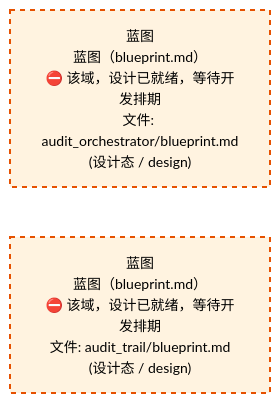
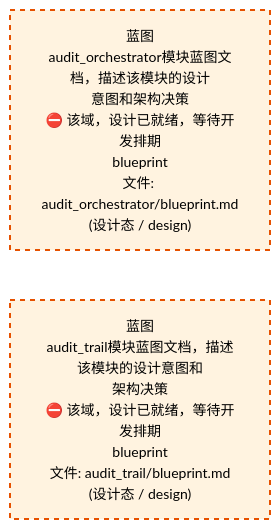
Before and after one commit to xuanFelixVan/ZephyrAlpha: the third of 4 diagrams in docs/02_enterprise_architecture/02_domain_architecture_docs/50_d_gov_audit.md, drawn with Mermaid. The commit also changed other lines of this file and 62 other files, not shown here.

````diff
--- a/docs/02_enterprise_architecture/02_domain_architecture_docs/50_d_gov_audit.md
+++ b/docs/02_enterprise_architecture/02_domain_architecture_docs/50_d_gov_audit.md
@@ -807,12 +808,12 @@
 ```mermaid
 %%{init: {'theme': 'base', 'themeVariables': {'primaryColor': '#eaeaea', 'primaryTextColor': '#333333', 'primaryBorderColor': '#666666', 'lineColor': '#666666', 'secondaryColor': '#eaeaea', 'tertiaryColor': '#eaeaea', 'fontSize': '14px'}}}%%
 flowchart TD
-    docs_03_modules_cross_layer_audit_orchestrator_blueprint_md["蓝图<br/>蓝图（blueprint.md）<br/>⛔ 该域，设计已就绪，等待开发排期<br/>文件: audit_orchestrator/blueprint.md<br/>(设计态 / design)"]
-    docs_03_modules_domain_governance_audit_trail_blueprint_md["蓝图<br/>蓝图（blueprint.md）<br/>⛔ 该域，设计已就绪，等待开发排期<br/>文件: audit_trail/blueprint.md<br/>(设计态 / design)"]
+    docs_03_modules_cross_layer_audit_orchestrator_blueprint_md["蓝图<br/>audit_orchestrator模块蓝图文档，描述该模块的设计<br/>意图和架构决策<br/>⛔ 该域，设计已就绪，等待开发排期<br/>blueprint<br/>文件: audit_orchestrator/blueprint.md<br/>(设计态 / design)"]
+    docs_03_modules_domain_governance_audit_trail_blueprint_md["蓝图<br/>audit_trail模块蓝图文档，描述该模块的设计意图和<br/>架构决策<br/>⛔ 该域，设计已就绪，等待开发排期<br/>blueprint<br/>文件: audit_trail/blueprint.md<br/>(设计态 / design)"]
     docs_03_modules_cross_layer_audit_orchestrator_blueprint_md ~~~ docs_03_modules_domain_governance_audit_trail_blueprint_md
     classDef production fill:#e1f5fe,stroke:#01579b,stroke-width:2px,color:#000
     classDef design fill:#fff3e0,stroke:#e65100,stroke-width:2px,color:#000,stroke-dasharray: 5 5
     classDef external_prod fill:#e8f4fd,stroke:#0277bd,stroke-width:1px,color:#000
     classDef external_design fill:#fff8e7,stroke:#ef6c00,stroke-width:1px,color:#000,stroke-dasharray: 5 5
     class docs_03_modules_cross_layer_audit_orchestrator_blueprint_md,docs_03_modules_domain_governance_audit_trail_blueprint_md design
 ```
````
